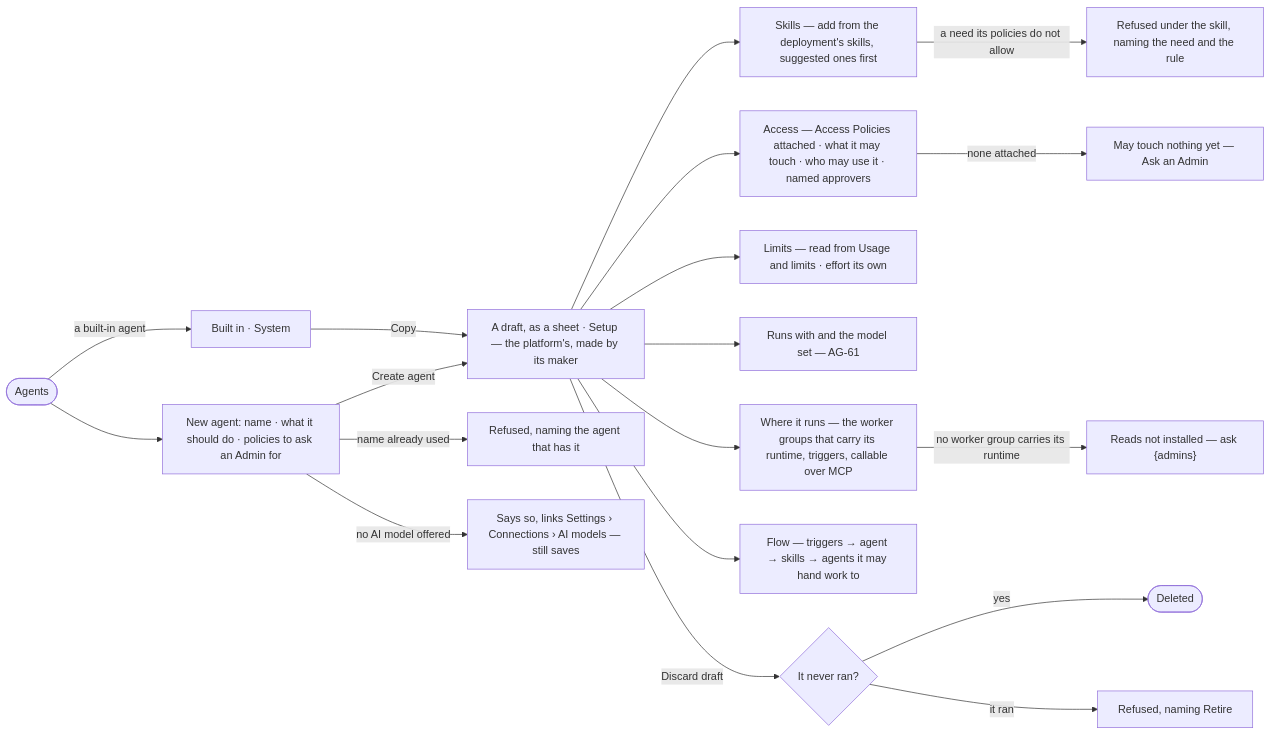
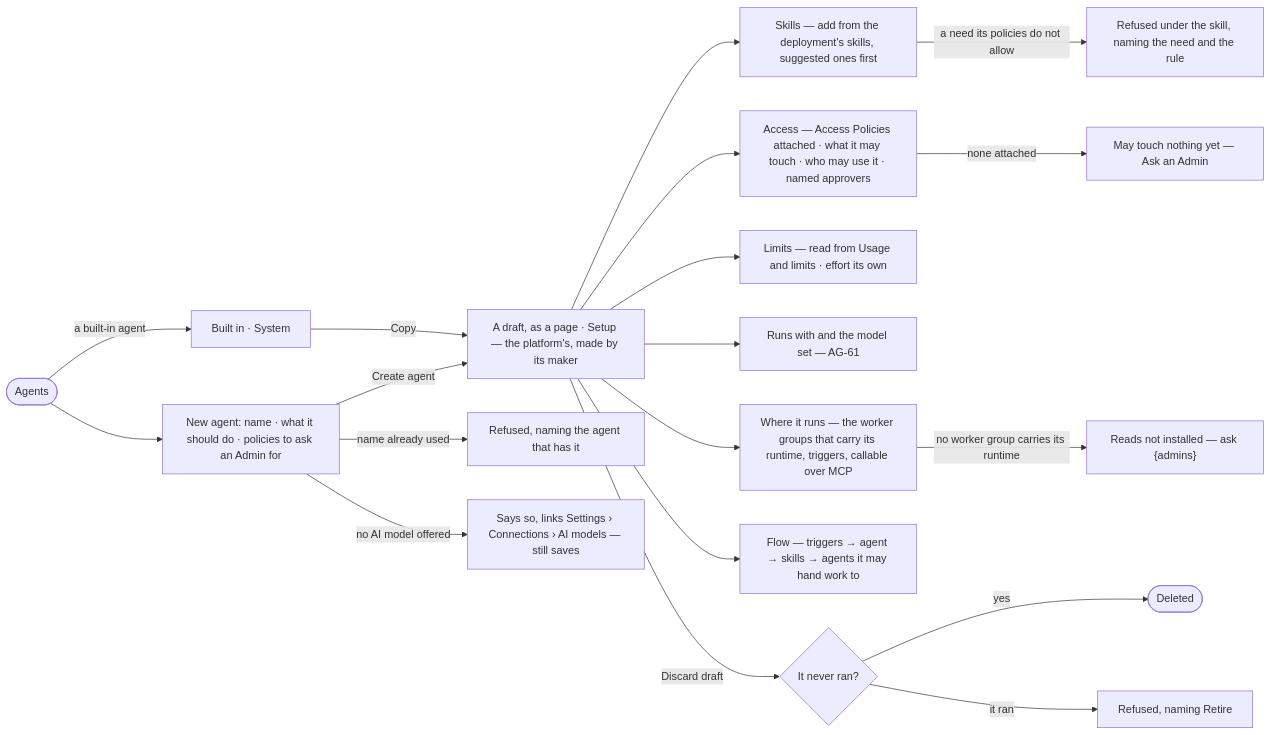
One commit to invana/invana changed the diagram in specs/capabilities/agents/features/AG-F01-build-an-agent/stories/AG-21-draft-an-agent-and-see-what-it-will-do/story.md. Above: the diagram before and after it, drawn with Mermaid. The commit also changed other lines of this file and 133 other files, not shown here.

````diff
--- a/specs/capabilities/agents/features/AG-F01-build-an-agent/stories/AG-21-draft-an-agent-and-see-what-it-will-do/story.md
+++ b/specs/capabilities/agents/features/AG-F01-build-an-agent/stories/AG-21-draft-an-agent-and-see-what-it-will-do/story.md
@@ -30,20 +30,20 @@
 ```mermaid
 flowchart LR
   a([Agents]) --> n["New agent: name · what it should do · policies to ask an Admin for"]
   a -->|a built-in agent| bi["Built in · System"] -->|Copy| d
   n -->|name already used| x1["Refused, naming the agent that has it"]
   n -->|no AI model offered| x3["Says so, links Settings › Connections › AI models — still saves"]
-  n -->|Create agent| d["A draft, as a sheet · Setup — the platform's, made by its maker"]
+  n -->|Create agent| d["A draft, as a page · Setup — the platform's, made by its maker"]
   d --> sk["Skills — add from the deployment's skills, suggested ones first"]
   sk -->|a need its policies do not allow| m["Refused under the skill, naming the need and the rule"]
   d --> acc["Access — Access Policies attached · what it may touch · who may use it · named approvers"]
   acc -->|none attached| na["May touch nothing yet — Ask an Admin"]
   d --> lim["Limits — read from Usage and limits · effort its own"]
   d --> rw["Runs with and the model set — AG-61"]
   d --> dep["Where it runs — the worker groups that carry its runtime, triggers, callable over MCP"]
   dep -->|no worker group carries its runtime| dx["Reads not installed — ask {admins}"]
   d --> fl["Flow — triggers → agent → skills → agents it may hand work to"]
   d -->|Discard draft| dd{It never ran?}
   dd -->|yes| gone([Deleted])
   dd -->|it ran| ddx["Refused, naming Retire"]
 ```
````
